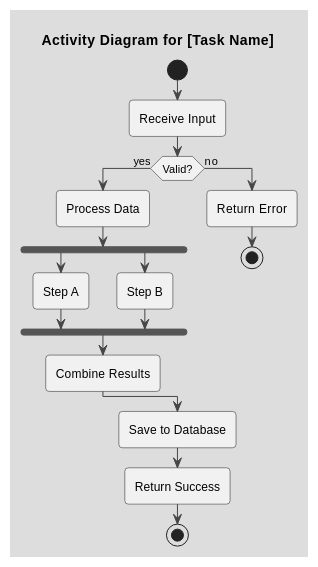
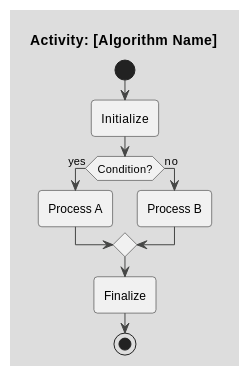
One commit to mshogin/archlint changed the sixth of 6 diagrams in templates/task-template.md. Above: the diagram before and after it, drawn with PlantUML. The commit also changed other lines of this file and 7 other files, not shown here.

````diff
--- a/templates/task-template.md
+++ b/templates/task-template.md
@@ -175,33 +192,22 @@
 ```plantuml
-@startuml task-xxx-activity
+@startuml task-xxxx-activity
 !theme toy
 
-title Activity Diagram for [Task Name]
+title Activity: [Algorithm Name]
 
 start
 
-:Receive Input;
+:Initialize;
 
-if (Valid?) then (yes)
-  :Process Data;
-
-  fork
-    :Step A;
-  fork again
-    :Step B;
-  end fork
-
-  :Combine Results;
+if (Condition?) then (yes)
+  :Process A;
 else (no)
-  :Return Error;
-  stop
+  :Process B;
 endif
 
-:Save to Database;
-
-:Return Success;
+:Finalize;
 
 stop
 
 @enduml
 ```
````
